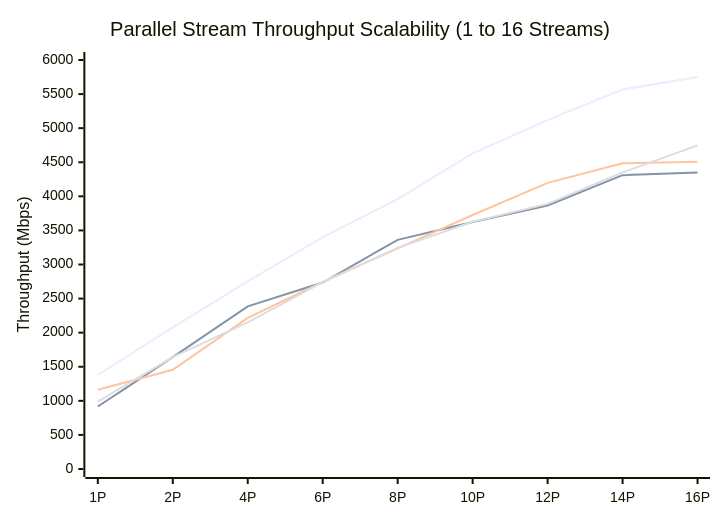
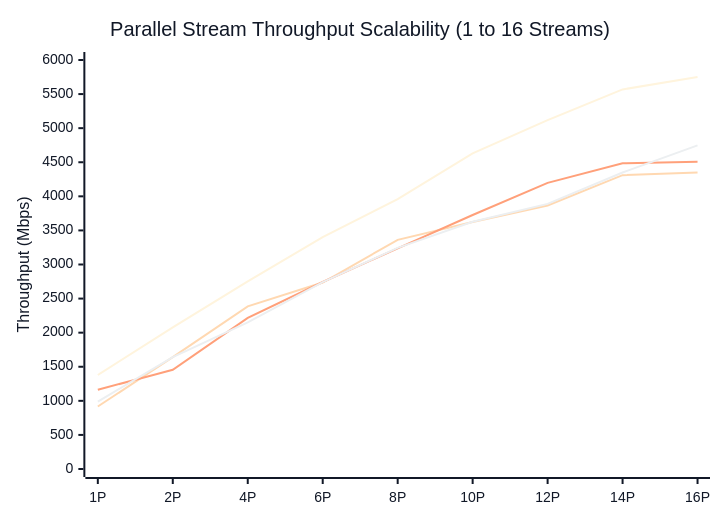
Before and after one commit to Nishant040305/Firewall: the sixth of 9 diagrams in docs/FIREWALL_DEVELOPMENT_AND_LATENCY_REPORT.md, drawn with Mermaid. The commit also changed other lines of this file and 5 other files, not shown here.

````diff
--- a/docs/FIREWALL_DEVELOPMENT_AND_LATENCY_REPORT.md
+++ b/docs/FIREWALL_DEVELOPMENT_AND_LATENCY_REPORT.md
@@ -319,10 +331,11 @@
 ```mermaid
+%%{init: {"theme": "base", "themeVariables": {"background": "#ffffff", "primaryColor": "#111827", "primaryTextColor": "#111827", "primaryBorderColor": "#111827", "lineColor": "#111827", "textColor": "#111827", "mainBkg": "#f8fafc", "plotColorPalette": "#111827,#7f1d1d,#1e3a8a,#14532d"}}}%%
 xychart-beta
     title "Parallel Stream Throughput Scalability (1 to 16 Streams)"
     x-axis ["1P", "2P", "4P", "6P", "8P", "10P", "12P", "14P", "16P"]
     y-axis "Throughput (Mbps)" 0 --> 6000
     line [1379, 2079, 2753, 3402, 3959, 4630, 5118, 5568, 5751]
     line [917, 1642, 2386, 2736, 3362, 3624, 3866, 4311, 4350]
     line [1163, 1455, 2217, 2743, 3236, 3726, 4198, 4485, 4508]
     line [989, 1641, 2151, 2742, 3244, 3628, 3889, 4350, 4747]
 ```
````
